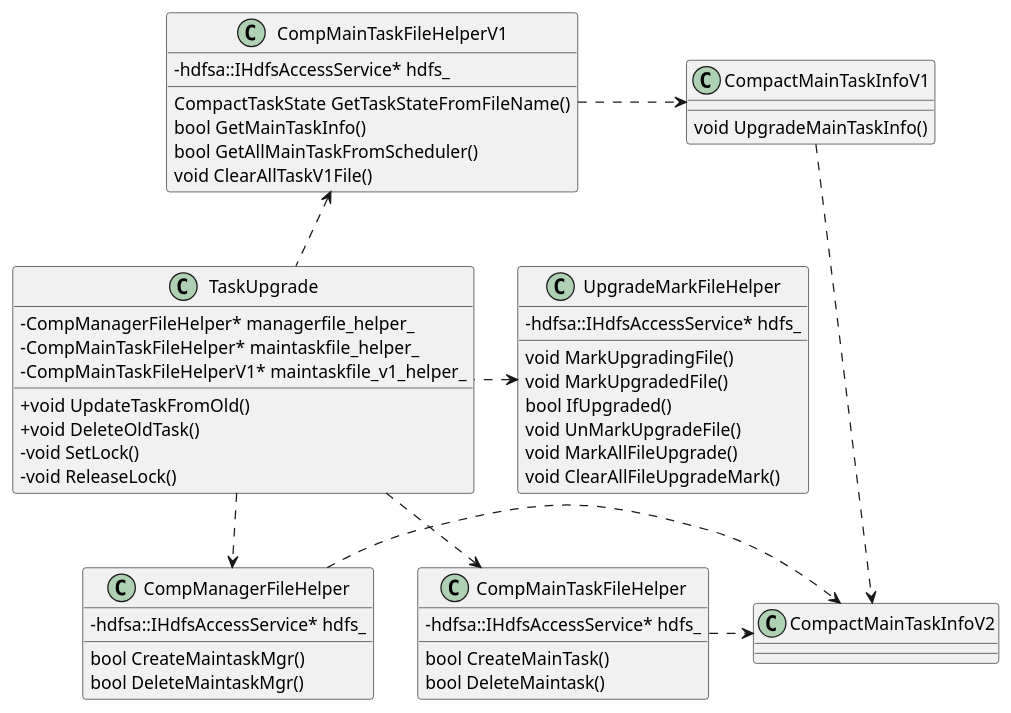
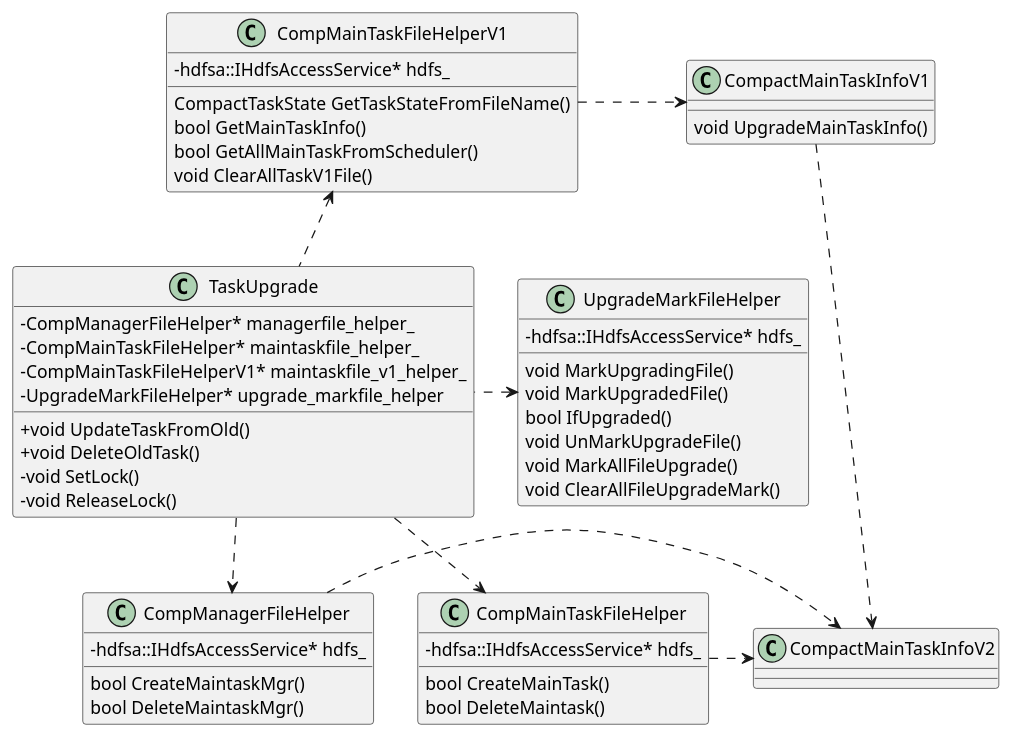
Before and after one commit to HarpsealCC/note: diagram 22 of 24 in 东方国信工作资料/compaction/Compaction任务升级方案.md, drawn with PlantUML. The commit also changed 6 other files, not shown here.

````diff
--- a/东方国信工作资料/compaction/Compaction任务升级方案.md
+++ b/东方国信工作资料/compaction/Compaction任务升级方案.md
@@ -602,56 +602,57 @@
 ```plantuml
 @startuml
 skinparam classAttributeIconSize 0
 class TaskUpgrade {
 	-CompManagerFileHelper* managerfile_helper_
     -CompMainTaskFileHelper* maintaskfile_helper_
     -CompMainTaskFileHelperV1* maintaskfile_v1_helper_
+    -UpgradeMarkFileHelper* upgrade_markfile_helper
     +void UpdateTaskFromOld()
     +void DeleteOldTask()
     -void SetLock()
     -void ReleaseLock()
 }
 class CompMainTaskFileHelperV1 {
 	-hdfsa::IHdfsAccessService* hdfs_
 	CompactTaskState GetTaskStateFromFileName()
 	bool GetMainTaskInfo()
 	bool GetAllMainTaskFromScheduler()
 	void ClearAllTaskV1File()
 }
 class CompMainTaskFileHelper {
 	-hdfsa::IHdfsAccessService* hdfs_
 	bool CreateMainTask()
 	bool DeleteMaintask()
 
 }
 class CompManagerFileHelper {
 	-hdfsa::IHdfsAccessService* hdfs_
 	bool CreateMaintaskMgr()
 	bool DeleteMaintaskMgr()
 }
 Class CompactMainTaskInfoV1 {
 void UpgradeMainTaskInfo()
 }
 Class CompactMainTaskInfoV2 {
 
 }
 Class UpgradeMarkFileHelper {
 	-hdfsa::IHdfsAccessService* hdfs_
 	void MarkUpgradingFile()
 	void MarkUpgradedFile()
 	bool IfUpgraded()
 	void UnMarkUpgradeFile()
 	void MarkAllFileUpgrade()
 	void ClearAllFileUpgradeMark()
 }
   
 TaskUpgrade .> CompMainTaskFileHelper
 TaskUpgrade ..> CompManagerFileHelper
 UpgradeMarkFileHelper <. TaskUpgrade
 CompMainTaskFileHelperV1 <.. TaskUpgrade
 CompMainTaskFileHelperV1 .> CompactMainTaskInfoV1
 CompMainTaskFileHelper .> CompactMainTaskInfoV2
 CompManagerFileHelper .> CompactMainTaskInfoV2
 CompactMainTaskInfoV1 ..> CompactMainTaskInfoV2
 @enduml
 ```
````
